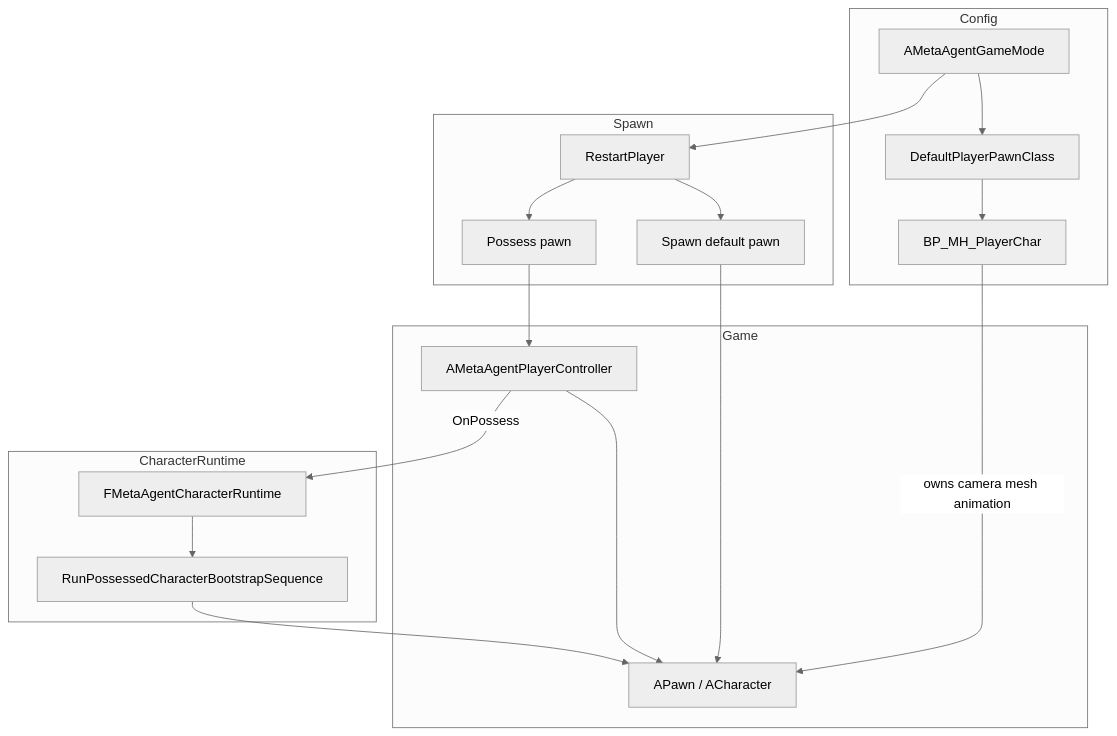
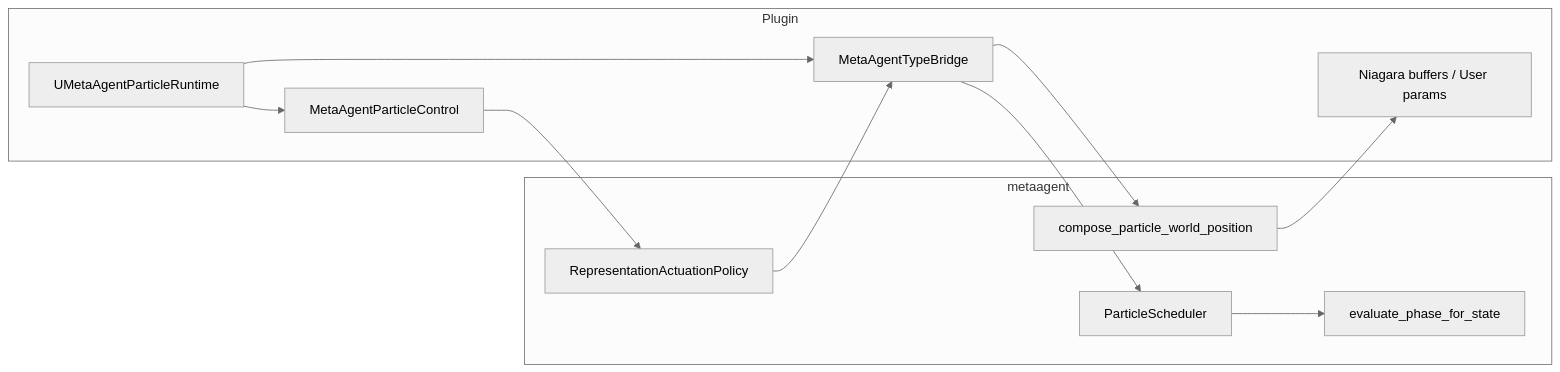
One commit to vecnode/metaagent-ue5-plugin changed the third of 6 diagrams in README.md. Above: the diagram before and after it, drawn with Mermaid (neutral theme). The commit also changed other lines of this file and 2 other files, not shown here.

````diff
--- a/README.md
+++ b/README.md
@@ -101,37 +124,25 @@
 ```mermaid
-flowchart TB
-    subgraph Config
-        GM_CFG[AMetaAgentGameMode]
-        PAWN_CFG[DefaultPlayerPawnClass]
-        BP[BP_MH_PlayerChar]
+flowchart LR
+    subgraph metaagent
+        Sched[ParticleScheduler]
+        Phase[evaluate_phase_for_state]
+        Compose[compose_particle_world_position]
+        Pol[RepresentationActuationPolicy]
     end
 
-    subgraph Spawn
-        RESTART[RestartPlayer]
-        SPAWN[Spawn default pawn]
-        POSSESS[Possess pawn]
+    subgraph Plugin
+        TB[MetaAgentTypeBridge]
+        RT[UMetaAgentParticleRuntime]
+        CTL[MetaAgentParticleControl]
+        NIA[Niagara buffers / User params]
     end
 
-    subgraph Game
-        PC[AMetaAgentPlayerController]
-        PAWN[APawn / ACharacter]
-    end
-
-    subgraph CharacterRuntime
-        CHR[FMetaAgentCharacterRuntime]
-        BOOT[RunPossessedCharacterBootstrapSequence]
-    end
-
-    GM_CFG --> PAWN_CFG
-    PAWN_CFG --> BP
-    GM_CFG --> RESTART
-    RESTART --> SPAWN
-    SPAWN --> PAWN
-    RESTART --> POSSESS
-    POSSESS --> PC
-    PC --> PAWN
-    PC -->|OnPossess| CHR
-    CHR --> BOOT
-    BOOT --> PAWN
-    BP -->|owns camera mesh animation| PAWN
+    RT --> TB
+    TB --> Sched
+    Sched --> Phase
+    RT --> CTL
+    CTL --> Pol
+    Pol --> TB
+    TB --> Compose
+    Compose --> NIA
 ```
````
